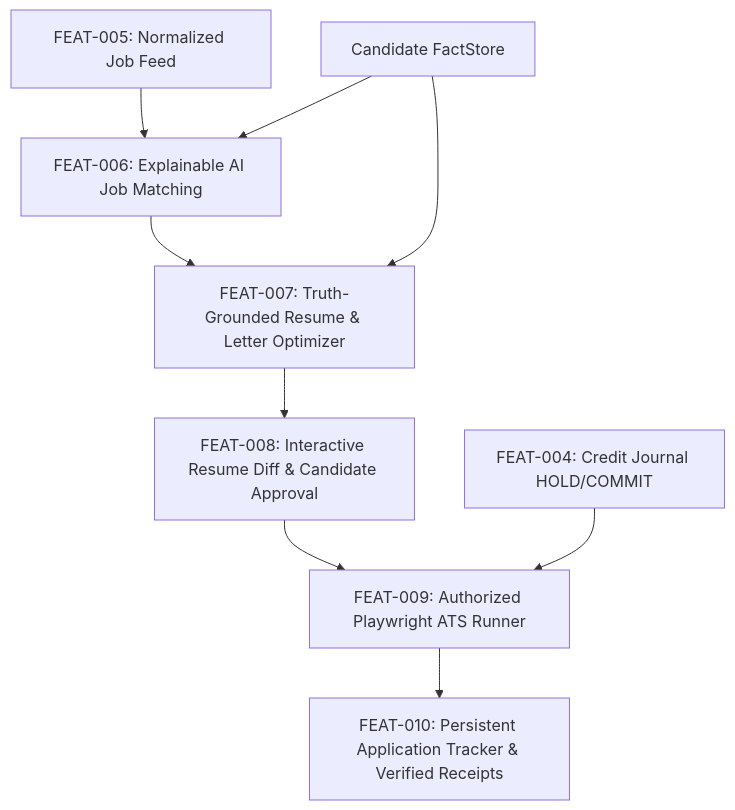
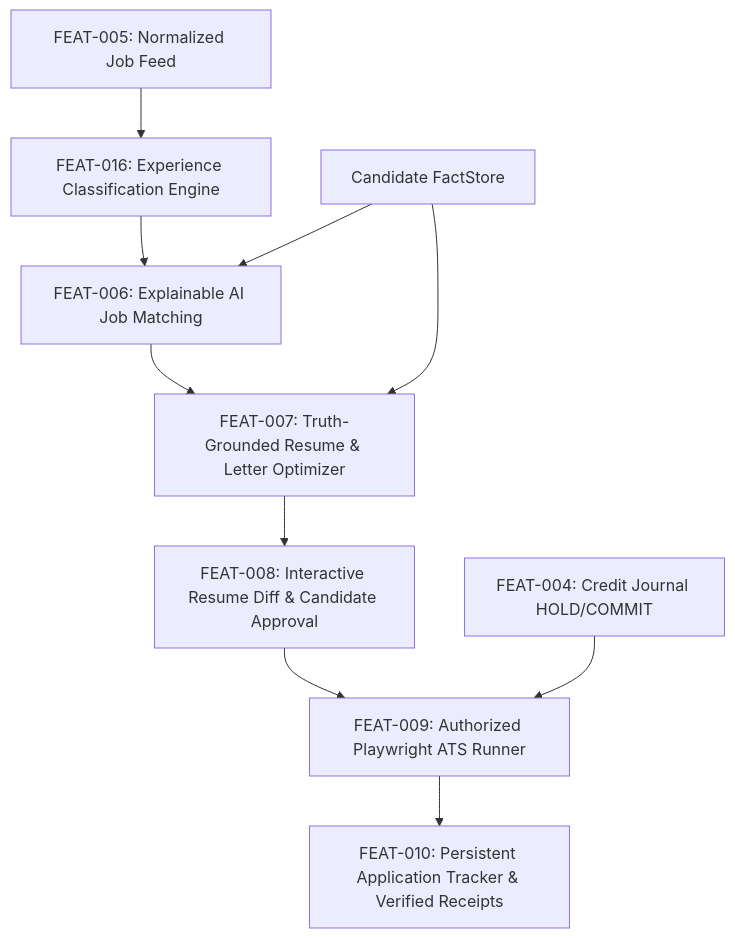
One commit to SameerAliKhan-git/Rolevia-AI changed the diagram in docs/reports/RELEASE_0.2_IMPLEMENTATION_PLAN.md. Above: the diagram before and after it, drawn with Mermaid. The commit also changed 11 other files, not shown here.

Commit message:
feat(FEAT-016): experience-aware job classification & eligibility engine, benchmark validation, and ID realignment

````diff
--- a/docs/reports/RELEASE_0.2_IMPLEMENTATION_PLAN.md
+++ b/docs/reports/RELEASE_0.2_IMPLEMENTATION_PLAN.md
@@ -14,11 +14,12 @@
 ```mermaid
 graph TD
-    FEAT005[FEAT-005: Normalized Job Feed] --> FEAT006[FEAT-006: Explainable AI Job Matching]
+    FEAT005[FEAT-005: Normalized Job Feed] --> FEAT016[FEAT-016: Experience Classification Engine]
+    FEAT016 --> FEAT006[FEAT-006: Explainable AI Job Matching]
     FACTSTORE[Candidate FactStore] --> FEAT006
     FACTSTORE --> FEAT007[FEAT-007: Truth-Grounded Resume & Letter Optimizer]
     FEAT006 --> FEAT007
     FEAT007 --> FEAT008[FEAT-008: Interactive Resume Diff & Candidate Approval]
     FEAT008 --> FEAT009[FEAT-009: Authorized Playwright ATS Runner]
     BILLING[FEAT-004: Credit Journal HOLD/COMMIT] --> FEAT009
     FEAT009 --> FEAT010[FEAT-010: Persistent Application Tracker & Verified Receipts]
 ```
````
